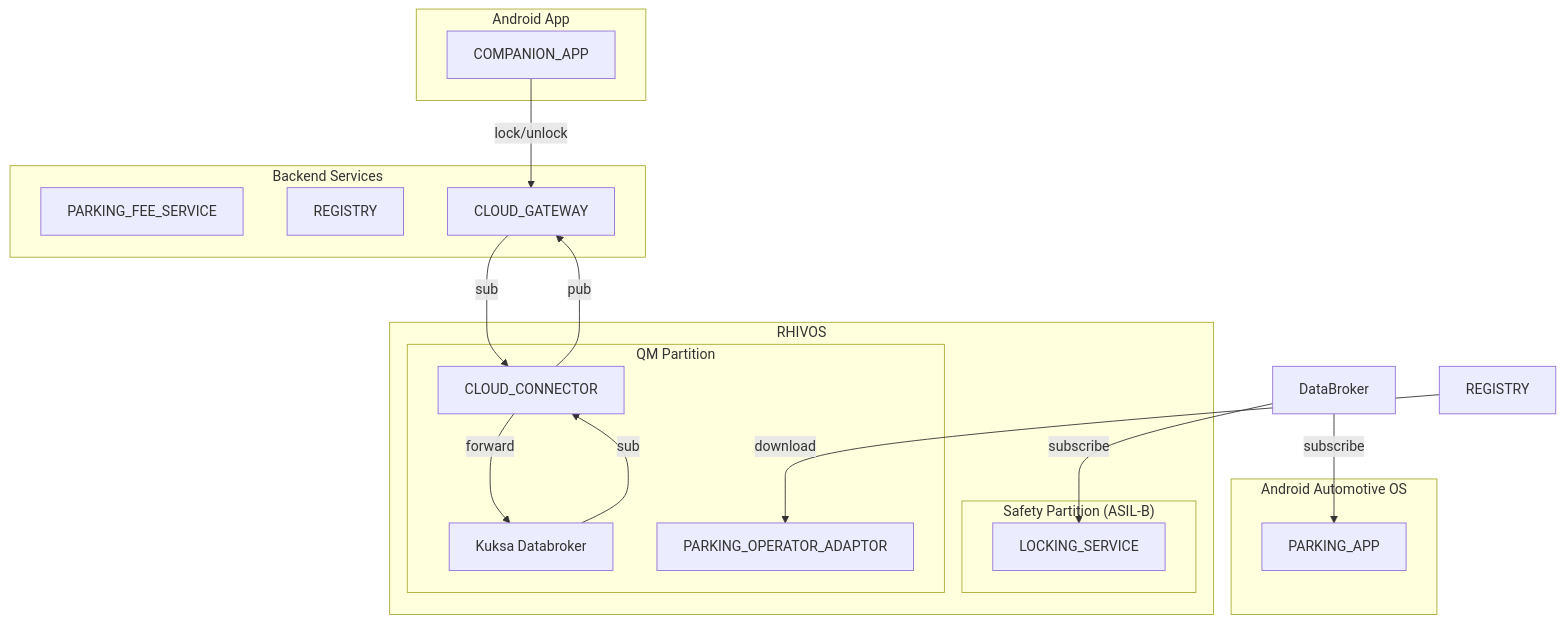
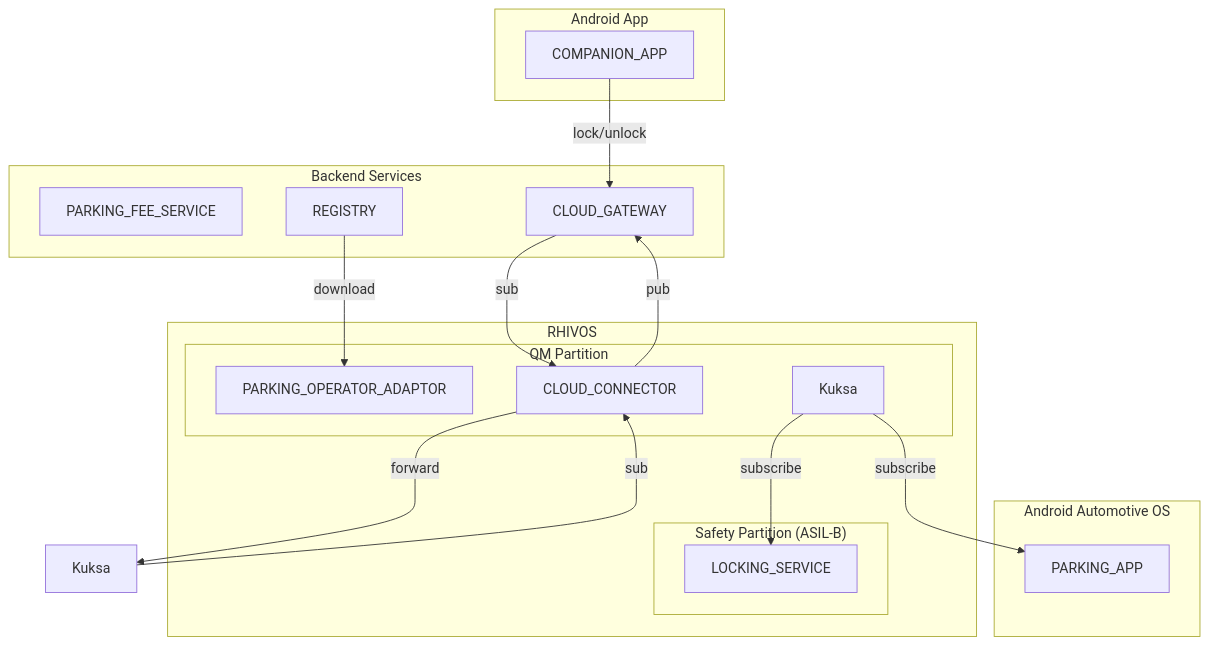
The diagram in prd.md (rhadp/parking-fee-service), drawn with Mermaid before and after one commit.

Commit message:
initial prd.md

````diff
--- a/prd.md
+++ b/prd.md
@@ -91,39 +91,39 @@
 ```mermaid
 flowchart TD
 subgraph AAOS["Android Automotive OS"]
 	ParkingApp["PARKING_APP"]
 end
 
 subgraph Android["Android App"]
 	CompanionApp["COMPANION_APP"]
 end
 
 subgraph RHIVOS["RHIVOS"]
 	subgraph QM["QM Partition"]
 		Adaptor["PARKING_OPERATOR_ADAPTOR"]
     CloudConnector["CLOUD_CONNECTOR"]
-    Kuksa["Kuksa Databroker"]
+    DataBroker["Kuksa"]
 	end
 	
 	subgraph Safety["Safety Partition (ASIL-B)"]
 		LockingService["LOCKING_SERVICE"]
 	end
 end
 
 subgraph Cloud["Backend Services"]
   ParkingFeeService["PARKING_FEE_SERVICE"]
   Registry["REGISTRY"]
   CloudGateway["CLOUD_GATEWAY"]
 end
 
 CompanionApp --> |lock/unlock| CloudGateway
 
 CloudConnector --> |pub| CloudGateway --> |sub| CloudConnector
 CloudConnector --> |forward| Kuksa --> |sub| CloudConnector
 
 DataBroker --> |subscribe| LockingService
 DataBroker --> |subscribe| ParkingApp
 
-REGISTRY --> |download| Adaptor
+Registry --> |download| Adaptor
 
 ```
````
